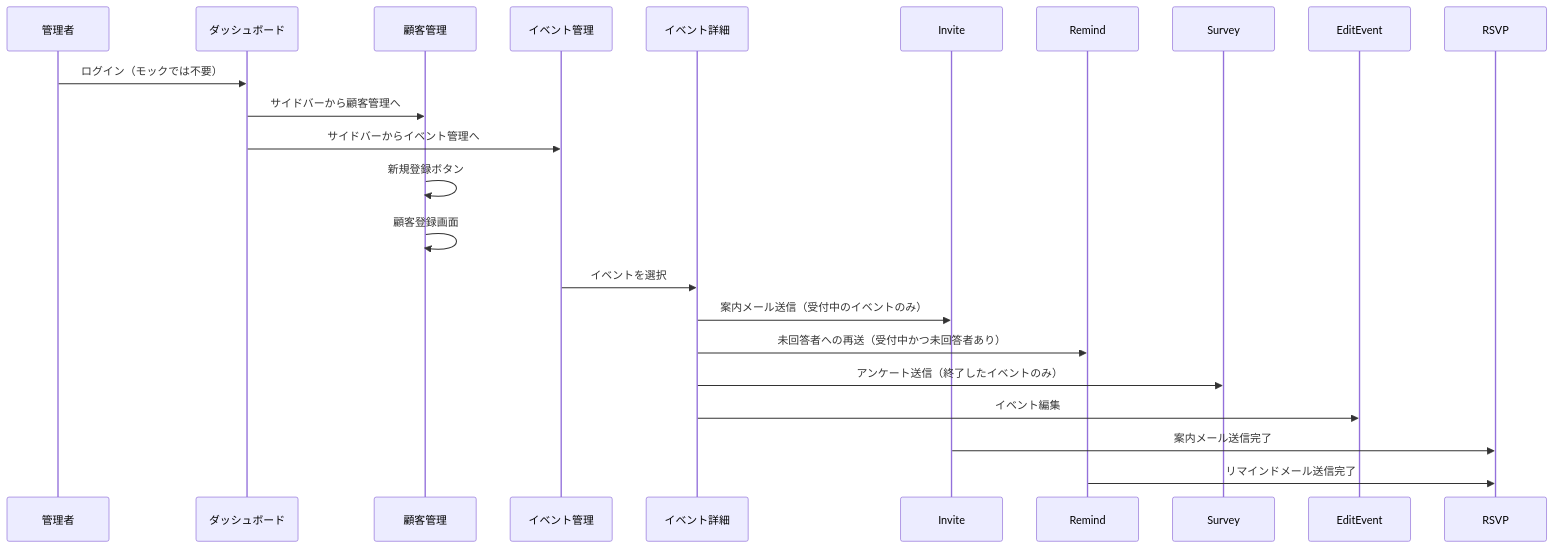
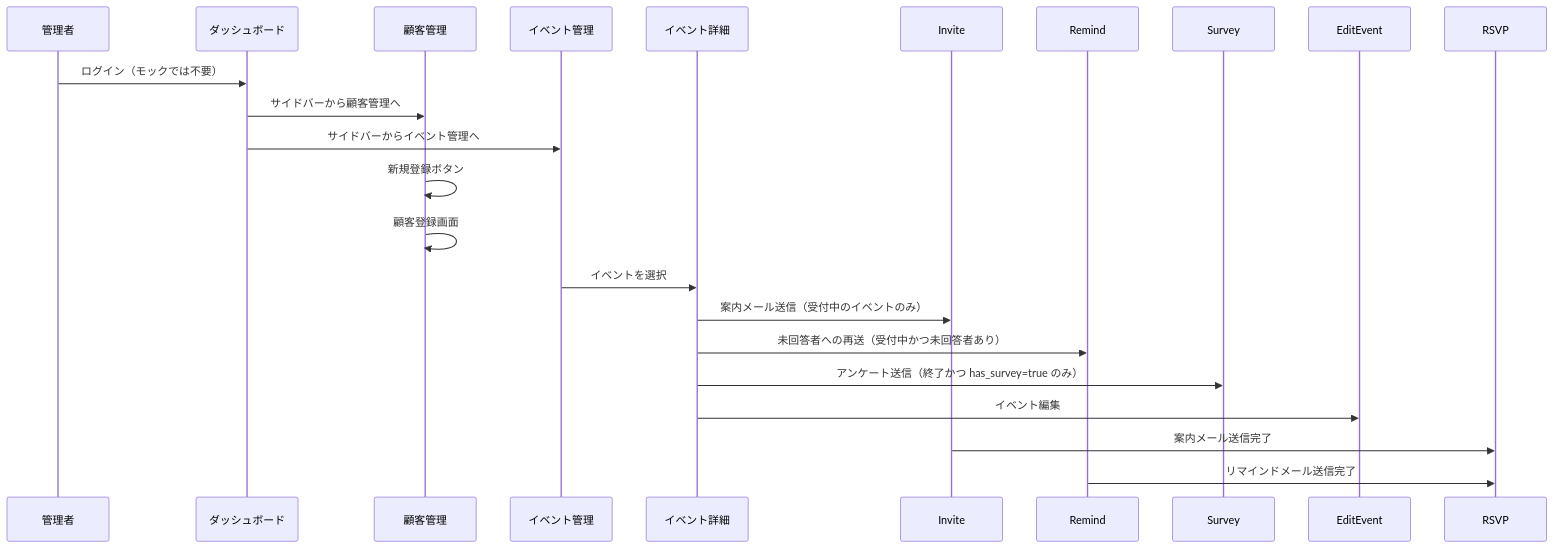
The second of 3 diagrams in docs/画面設計書.md (anhklv/marcopolo-portal-mirror), drawn with Mermaid before and after one commit. The commit also changed other lines of this file and 7 other files, not shown here.

````diff
--- a/docs/画面設計書.md
+++ b/docs/画面設計書.md
@@ -87,23 +89,23 @@
 ```mermaid
 sequenceDiagram
     participant Admin as 管理者
     participant Dashboard as ダッシュボード
     participant Customers as 顧客管理
     participant Events as イベント管理
     participant EventDetail as イベント詳細
     
     Admin->>Dashboard: ログイン（モックでは不要）
     Dashboard->>Customers: サイドバーから顧客管理へ
     Dashboard->>Events: サイドバーからイベント管理へ
     
     Customers->>Customers: 新規登録ボタン
     Customers->>Customers: 顧客登録画面
     
     Events->>EventDetail: イベントを選択
     EventDetail->>Invite: 案内メール送信（受付中のイベントのみ）
     EventDetail->>Remind: 未回答者への再送（受付中かつ未回答者あり）
-    EventDetail->>Survey: アンケート送信（終了したイベントのみ）
+    EventDetail->>Survey: アンケート送信（終了かつ has_survey=true のみ）
     EventDetail->>EditEvent: イベント編集
     Invite->>RSVP: 案内メール送信完了
     Remind->>RSVP: リマインドメール送信完了
 ```
````
